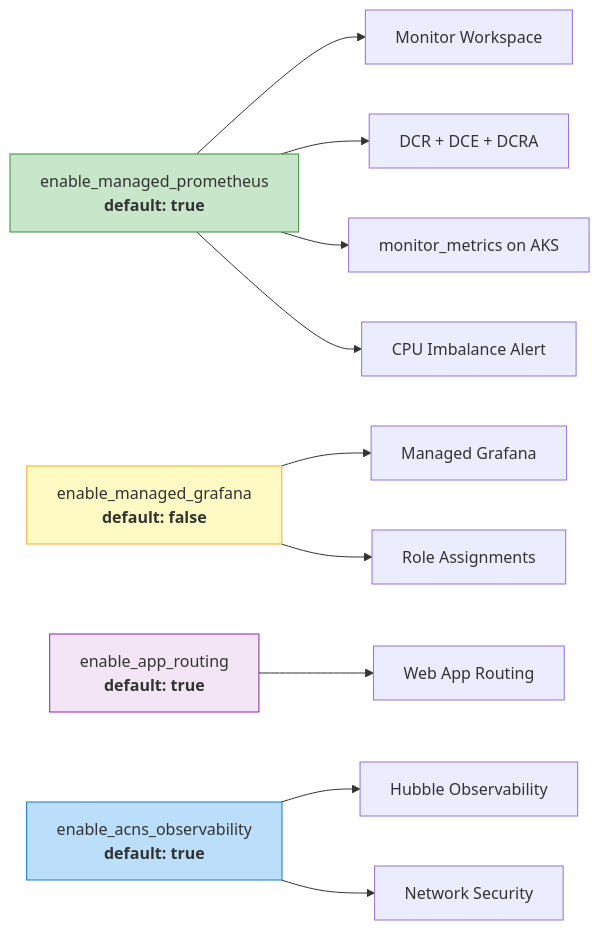
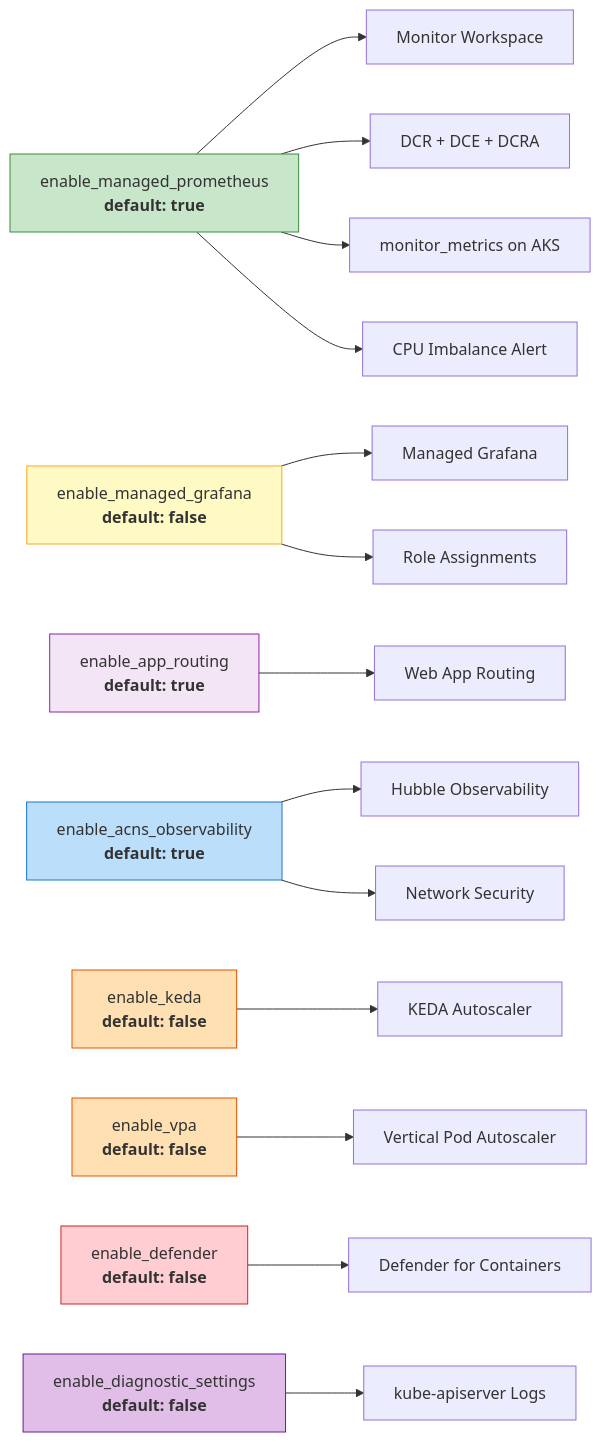
One commit to abossard/aks-nap-with-terraform changed the third of 5 diagrams in README.md. Above: the diagram before and after it, drawn with Mermaid. The commit also changed other lines of this file and 6 other files, not shown here.

First line of the commit message:
feat: add KEDA, VPA, Defender, diagnostic settings toggles; upgrade azurerm to 4.64.0

````diff
--- a/README.md
+++ b/README.md
@@ -59,20 +59,29 @@
 ```mermaid
 graph LR
     P["enable_managed_prometheus<br/><b>default: true</b>"] --> MW[Monitor Workspace]
     P --> DCR_[DCR + DCE + DCRA]
     P --> MM[monitor_metrics on AKS]
     P --> AL[CPU Imbalance Alert]
 
     G["enable_managed_grafana<br/><b>default: false</b>"] --> GR[Managed Grafana]
     G --> RA[Role Assignments]
 
     R["enable_app_routing<br/><b>default: true</b>"] --> WAR[Web App Routing]
 
     O["enable_acns_observability<br/><b>default: true</b>"] --> HB[Hubble Observability]
     O --> NS[Network Security]
 
+    K["enable_keda<br/><b>default: false</b>"] --> KD[KEDA Autoscaler]
+    V["enable_vpa<br/><b>default: false</b>"] --> VP[Vertical Pod Autoscaler]
+    D["enable_defender<br/><b>default: false</b>"] --> DF[Defender for Containers]
+    DS["enable_diagnostic_settings<br/><b>default: false</b>"] --> DG[kube-apiserver Logs]
+
     style P fill:#c8e6c9,stroke:#388e3c
     style G fill:#fff9c4,stroke:#f9a825
     style R fill:#f3e5f5,stroke:#8e24aa
     style O fill:#bbdefb,stroke:#1976d2
+    style K fill:#ffe0b2,stroke:#e65100
+    style V fill:#ffe0b2,stroke:#e65100
+    style D fill:#ffcdd2,stroke:#c62828
+    style DS fill:#e1bee7,stroke:#6a1b9a
 ```
````
